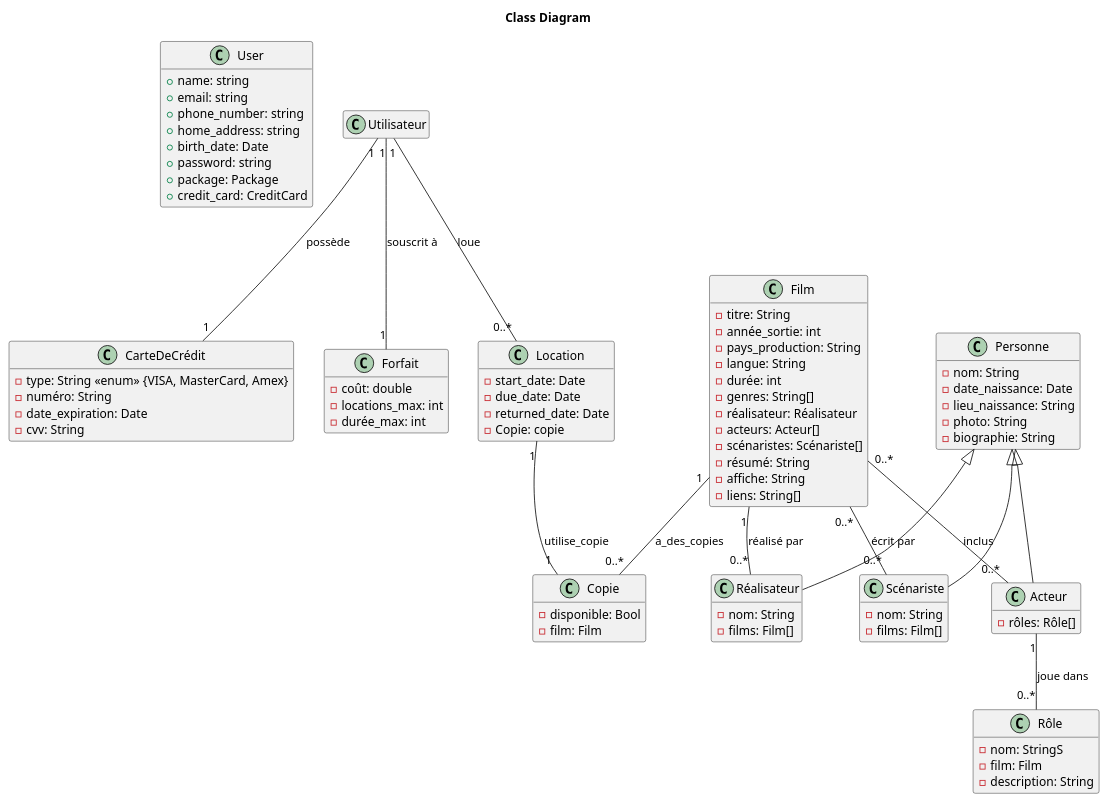
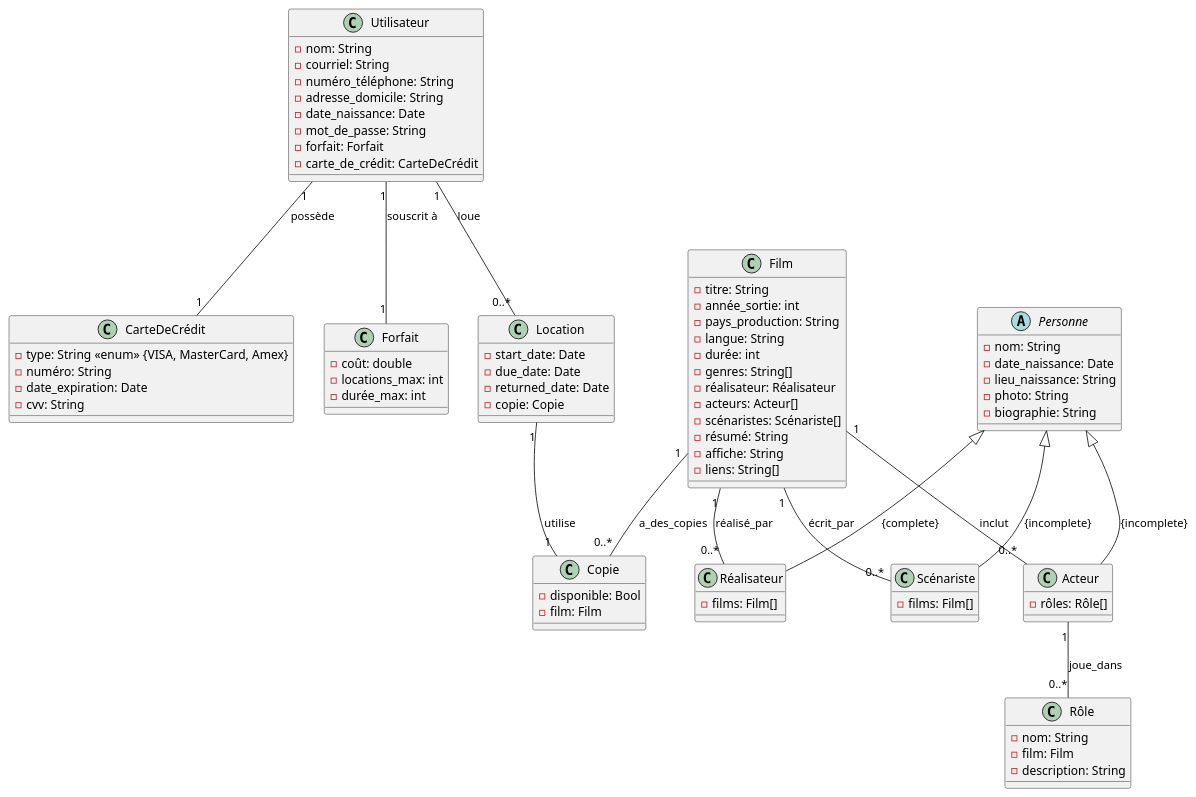
Before and after one commit to snakedye/LOG660-01: the diagram in docs/class.puml, drawn with PlantUML.

Commit message:
Refactor class diagram to hide empty members and footbox

```diff
--- a/docs/class.puml
+++ b/docs/class.puml
@@ -1,113 +1,106 @@
 @startuml class diagram
-title "Class Diagram"
-hide empty members
-hide footbox
-
-class User {
-  +name: string
-  +email: string
-  +phone_number: string
-  +home_address: string
-  +birth_date: Date
-  +password: string
-  +package: Package
-  +credit_card: CreditCard
+' Classe principale Utilisateur 
+class Utilisateur {
+  - nom: String
+  - courriel: String
+  - numéro_téléphone: String
+  - adresse_domicile: String
+  - date_naissance: Date
+  - mot_de_passe: String
+  - forfait: Forfait
+  - carte_de_crédit: CarteDeCrédit
 }
 
 ' Carte de Crédit
 class CarteDeCrédit {
   - type: String <<enum>> {VISA, MasterCard, Amex}
   - numéro: String
   - date_expiration: Date
   - cvv: String
 }
 
 ' Forfait
 class Forfait {
   - coût: double
   - locations_max: int
   - durée_max: int
 }
 
 ' Location
 class Location {
   - start_date: Date
   - due_date: Date
   - returned_date: Date
-  - Copie: copie
+  - copie: Copie
 }
 
 ' Film
 class Film {
   - titre: String
   - année_sortie: int
   - pays_production: String
   - langue: String
   - durée: int
   - genres: String[]
   - réalisateur: Réalisateur
   - acteurs: Acteur[]
   - scénaristes: Scénariste[]
   - résumé: String
   - affiche: String
   - liens: String[]
 }
 
-' Réalisateur
+' Réalisateur hérite de Personne
 class Réalisateur {
-  - nom: String
   - films: Film[]
 }
 
-' Scénariste
+' Scénariste hérite de Personne
 class Scénariste {
-  - nom: String
   - films: Film[]
 }
 
-' Acteur
+' Acteur hérite de Personne
 class Acteur {
   - rôles: Rôle[]
 }
 
 ' Rôle
 class Rôle {
-  - nom: StringS
+  - nom: String
   - film: Film
   - description: String
 }
 
-' Personne (classe parent)
-class Personne {
+' Personne (classe parent abstraite)
+abstract class Personne {
   - nom: String
   - date_naissance: Date
   - lieu_naissance: String
   - photo: String
   - biographie: String
 }
 
 ' Classe Copie pour les copies de films
 class Copie {
   - disponible: Bool
   - film: Film
 }
 
 ' Associations
 Utilisateur "1" -- "1" CarteDeCrédit : possède
 Utilisateur "1" -- "1" Forfait : souscrit à
 Utilisateur "1" -- "0..*" Location : loue
+Location "1" -- "1" Copie : utilise
+Film "1" -- "0..*" Réalisateur : réalisé_par
+Film "1" -- "0..*" Acteur : inclut
+Film "1" -- "0..*" Scénariste : écrit_par
+Film "1" -- "0..*" Copie : a_des_copies
+Acteur "1" -- "0..*" Rôle : joue_dans
 
-
-Location "1" -- "1" Copie : utilise_copie
-
-Film "1" -- "0..*" Réalisateur : réalisé par
-Film "0..*" -- "0..*" Acteur : inclus
-Film "0..*" -- "0..*" Scénariste : écrit par
-Film "1" -- "0..*" Copie : a_des_copies
-
-Personne <|-- Réalisateur
-Personne <|-- Acteur
-Personne <|-- Scénariste
-Acteur "1" -- "0..*" Rôle : joue dans
+' Ajout des contraintes de spécialisation
+Personne <|-- Réalisateur : {complete}
+Personne <|-- Acteur : {incomplete}
+Personne <|-- Scénariste : {incomplete}
 
 @enduml
```
